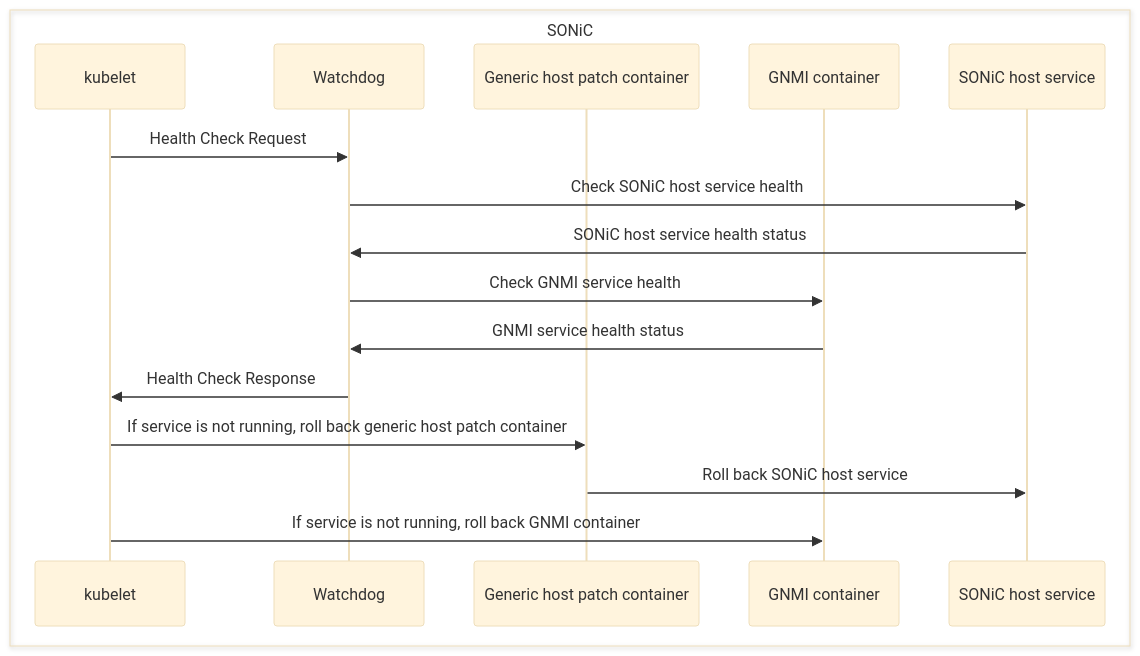
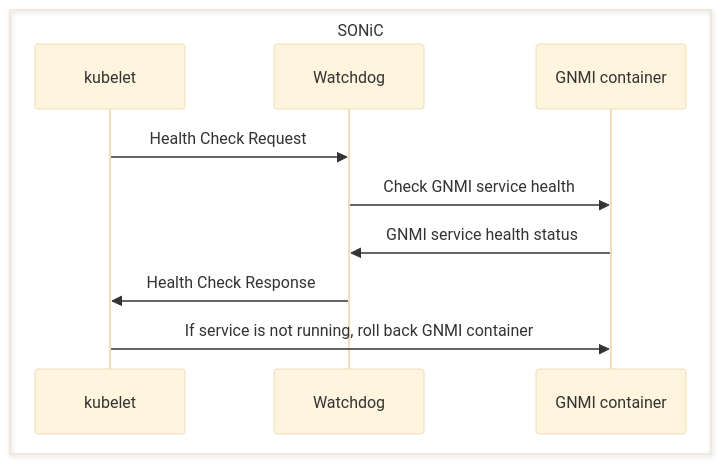
The diagram in watchdog_gnmi.md (ganglyu/mermaid), drawn with Mermaid (base theme) before and after one commit.

````diff
--- a/watchdog_gnmi.md
+++ b/watchdog_gnmi.md
@@ -1,19 +1,13 @@
 ```mermaid
 sequenceDiagram
     box SONiC
         participant kubelet
         participant Watchdog
-        participant Generic host patch container
         participant GNMI container
-        participant SONiC host service
     end
     kubelet->>Watchdog: Health Check Request
-    Watchdog->>SONiC host service: Check SONiC host service health
-    SONiC host service->>Watchdog: SONiC host service health status
     Watchdog->>GNMI container: Check GNMI service health
     GNMI container->>Watchdog: GNMI service health status
     Watchdog->>kubelet: Health Check Response
-    kubelet->>Generic host patch container: If service is not running, roll back generic host patch container
-    Generic host patch container ->> SONiC host service: Roll back SONiC host service
     kubelet->>GNMI container: If service is not running, roll back GNMI container
 ```
````
